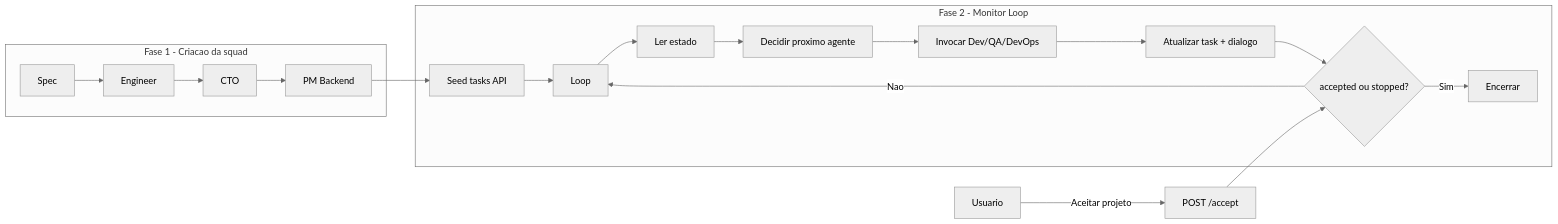
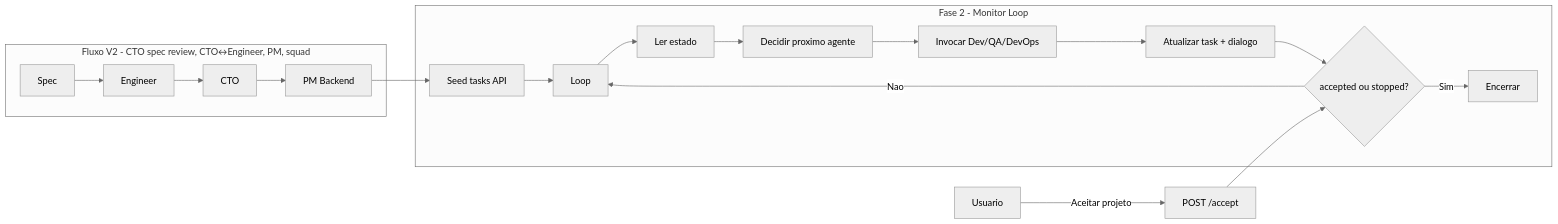
The fourth of 8 diagrams in ARCHITECTURE_DIAGRAM.md (zentriztech/zentriz-genesis), drawn with Mermaid (neutral theme) before and after one commit. The commit also changed other lines of this file and 23 other files, not shown here.

First line of the commit message:
Pipeline V2: fluxo autônomo, Engineer nos docs, Mermaid e alinhamento

````diff
--- a/ARCHITECTURE_DIAGRAM.md
+++ b/ARCHITECTURE_DIAGRAM.md
@@ -188,21 +188,21 @@
 ```mermaid
 flowchart LR
-    subgraph Fase1 ["Fase 1 - Criacao da squad"]
+    subgraph Fase1 ["Fluxo V2 - CTO spec review, CTO↔Engineer, PM, squad"]
         Spec[Spec] --> Engineer[Engineer]
         Engineer --> CTO[CTO]
         CTO --> PM[PM Backend]
     end
     subgraph Fase2 ["Fase 2 - Monitor Loop"]
         PM --> Seed[Seed tasks API]
         Seed --> Loop[Loop]
         Loop --> Read[Ler estado]
         Read --> Decide[Decidir proximo agente]
         Decide --> Invoke[Invocar Dev/QA/DevOps]
         Invoke --> Update[Atualizar task + dialogo]
         Update --> Check{accepted ou stopped?}
         Check -->|Nao| Loop
         Check -->|Sim| Fim[Encerrar]
     end
     User[Usuario] -->|Aceitar projeto| Accept[POST /accept]
     Accept --> Check
 ```
````
